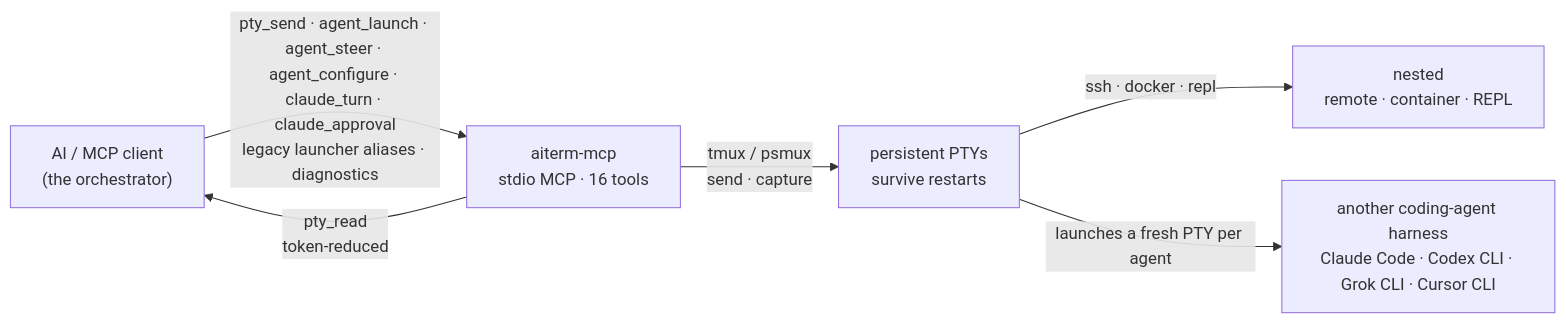
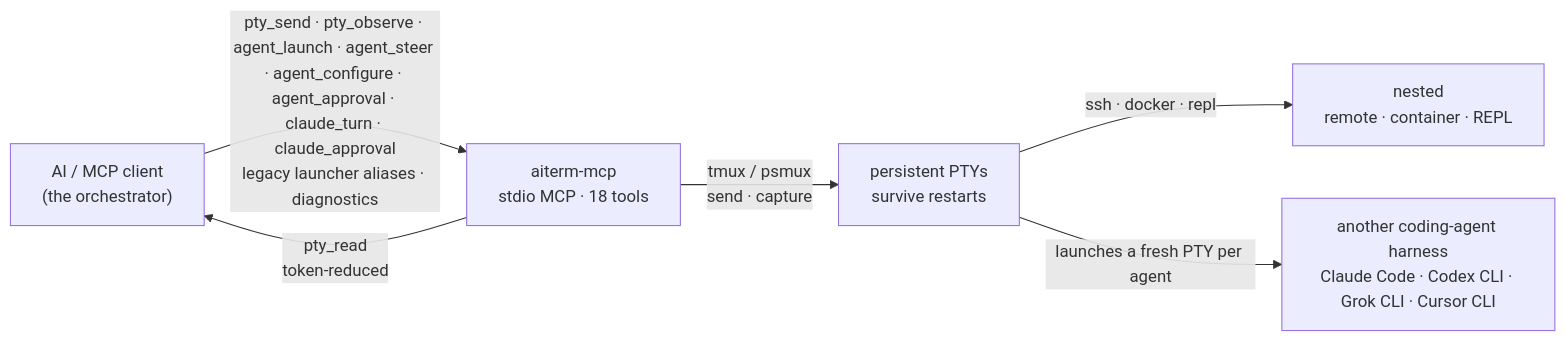
One commit to kitepon/aiterm-mcp changed the diagram in README.md. Above: the diagram before and after it, drawn with Mermaid. The commit also changed other lines of this file and 28 other files, not shown here.

````diff
--- a/README.md
+++ b/README.md
@@ -386,8 +386,8 @@
 ```mermaid
 flowchart LR
-    AI["AI / MCP client<br/>(the orchestrator)"] -->|"pty_send · agent_launch · agent_steer · agent_configure · claude_turn · claude_approval<br/>legacy launcher aliases · diagnostics"| S["aiterm-mcp<br/>stdio MCP · 16 tools"]
+    AI["AI / MCP client<br/>(the orchestrator)"] -->|"pty_send · pty_observe · agent_launch · agent_steer · agent_configure · agent_approval · claude_turn · claude_approval<br/>legacy launcher aliases · diagnostics"| S["aiterm-mcp<br/>stdio MCP · 18 tools"]
     S -->|"pty_read<br/>token-reduced"| AI
     S -->|"tmux / psmux<br/>send · capture"| P["persistent PTYs<br/>survive restarts"]
     P -->|"ssh · docker · repl"| R["nested<br/>remote · container · REPL"]
     P -->|"launches a fresh PTY per agent"| A["another coding-agent harness<br/>Claude Code · Codex CLI · Grok CLI · Cursor CLI"]
 ```
````
